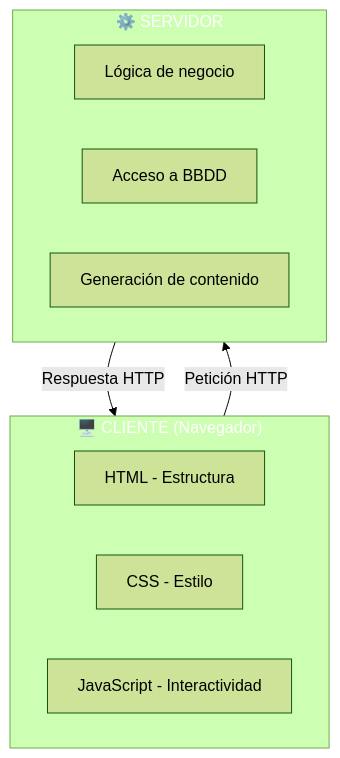
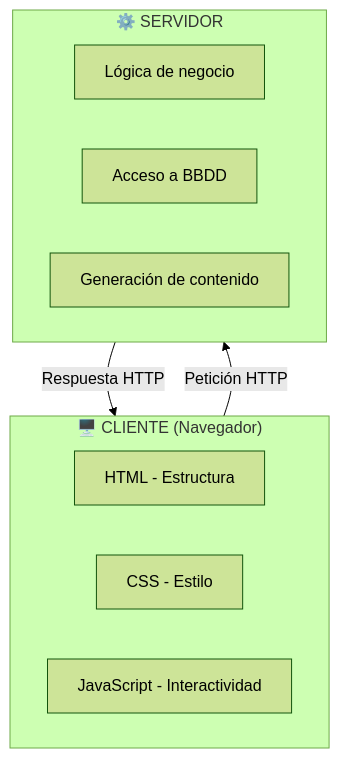
Before and after one commit to joseluisgs/DesarrolloWebEntornosServidor-01-2026-2027: the third of 4 diagrams in 01-introduccion-web.md, drawn with Mermaid (forest theme). The commit also changed 15 other files, not shown here.

Commit message:
docs: quitar el relleno a los subgraf de los diagramas y corregir comillas y rayas sueltas

````diff
--- a/01-introduccion-web.md
+++ b/01-introduccion-web.md
@@ -120,20 +120,18 @@
 ```mermaid
 graph TD
     subgraph CLIENTE["🖥️ CLIENTE (Navegador)"]
         A1["HTML - Estructura"]
         A2["CSS - Estilo"]
         A3["JavaScript - Interactividad"]
     end
 
     subgraph SERVIDOR["⚙️ SERVIDOR"]
         B1["Lógica de negocio"]
         B2["Acceso a BBDD"]
         B3["Generación de contenido"]
     end
 
     CLIENTE -->|"Petición HTTP"| SERVIDOR
     SERVIDOR -->|"Respuesta HTTP"| CLIENTE
 
-    style CLIENTE fill:#2196F,color:#fff3,color:#fff
-    style SERVIDOR fill:#4CAF5,color:#fff0,color:#fff
 ```
````
